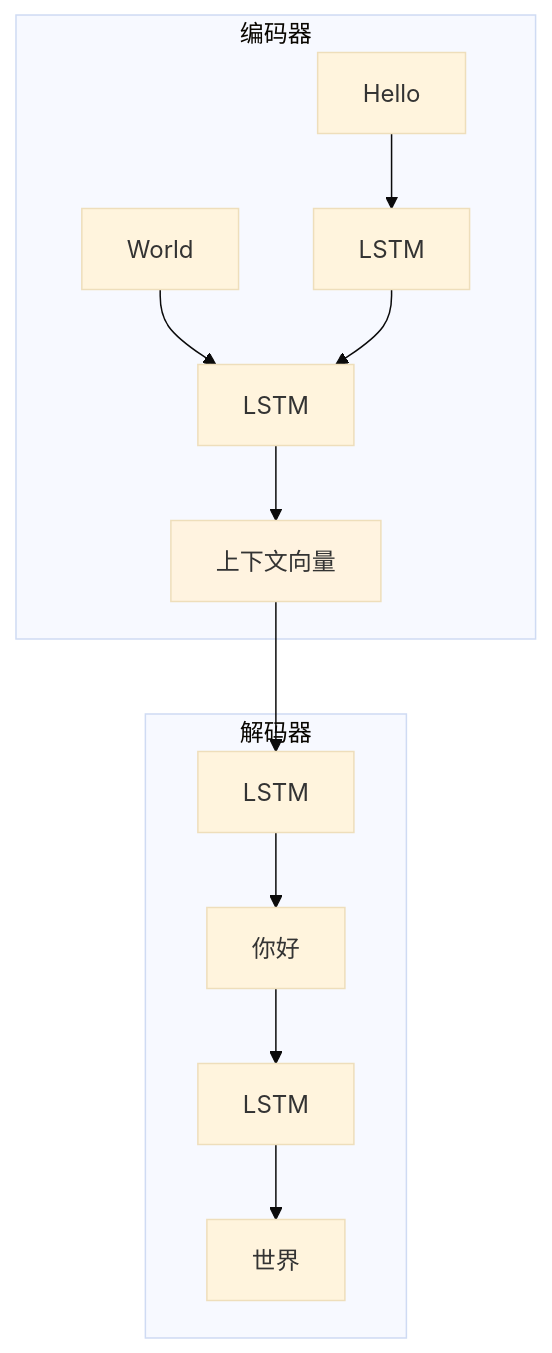
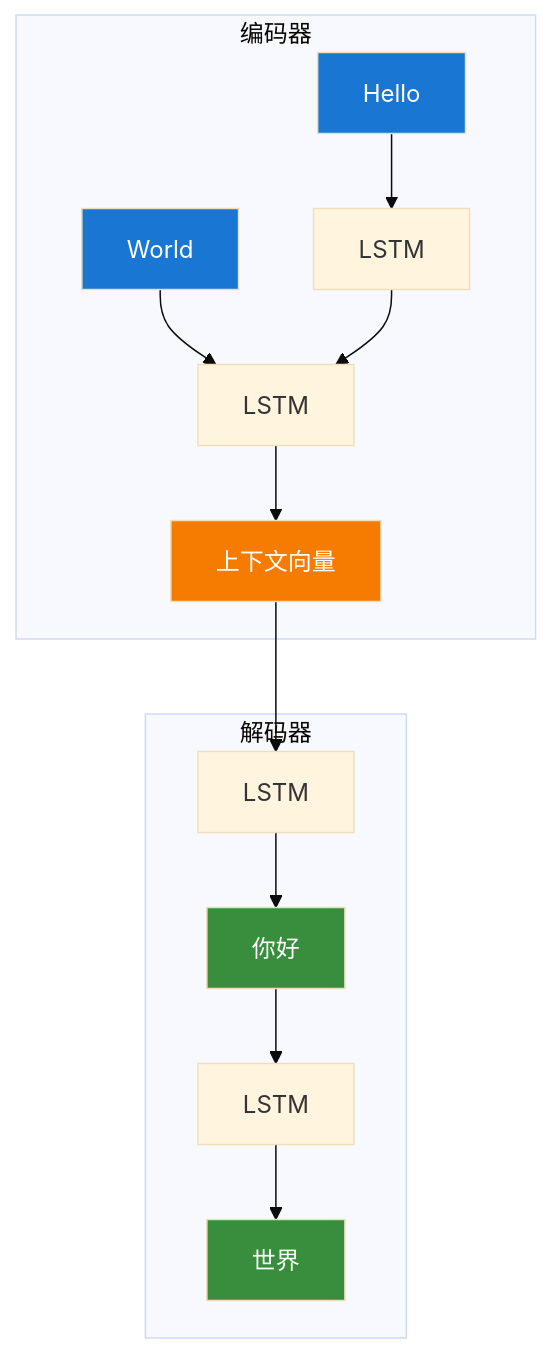
Before and after one commit to Zheng-Enci/Knoweledges: the fifth of 5 diagrams in 一起学Transformer/01a-编码器解码器架构详解.md, drawn with Mermaid (base theme). The commit also changed other lines of this file, not shown here.

Commit message:
fix: 提升 Mermaid 流程图颜色对比度

````diff
--- a/一起学Transformer/01a-编码器解码器架构详解.md
+++ b/一起学Transformer/01a-编码器解码器架构详解.md
@@ -778,18 +793,22 @@
 ```mermaid
 flowchart TB
     subgraph 编码器
     I1[Hello] --> E1[LSTM]
     I2[World] --> E2[LSTM]
     E1 --> E2
     E2 --> CV[上下文向量]
     end
     
     subgraph 解码器
     CV --> D1[LSTM]
     D1 --> O1[你好]
     O1 --> D2[LSTM]
     D2 --> O2[世界]
     end
     
-    style CV fill:#fff3e0
+    style I1 fill:#1976d2,color:#fff
+    style I2 fill:#1976d2,color:#fff
+    style CV fill:#f57c00,color:#fff
+    style O1 fill:#388e3c,color:#fff
+    style O2 fill:#388e3c,color:#fff
 ```
````
